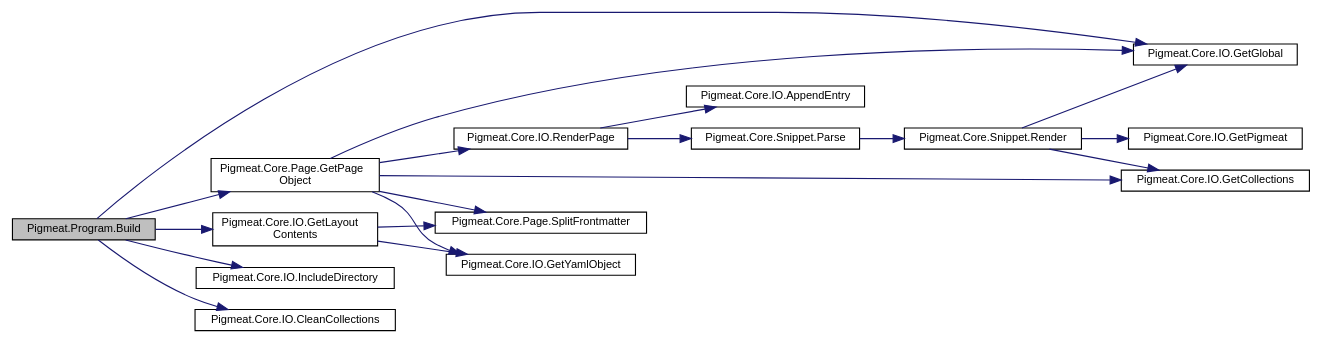
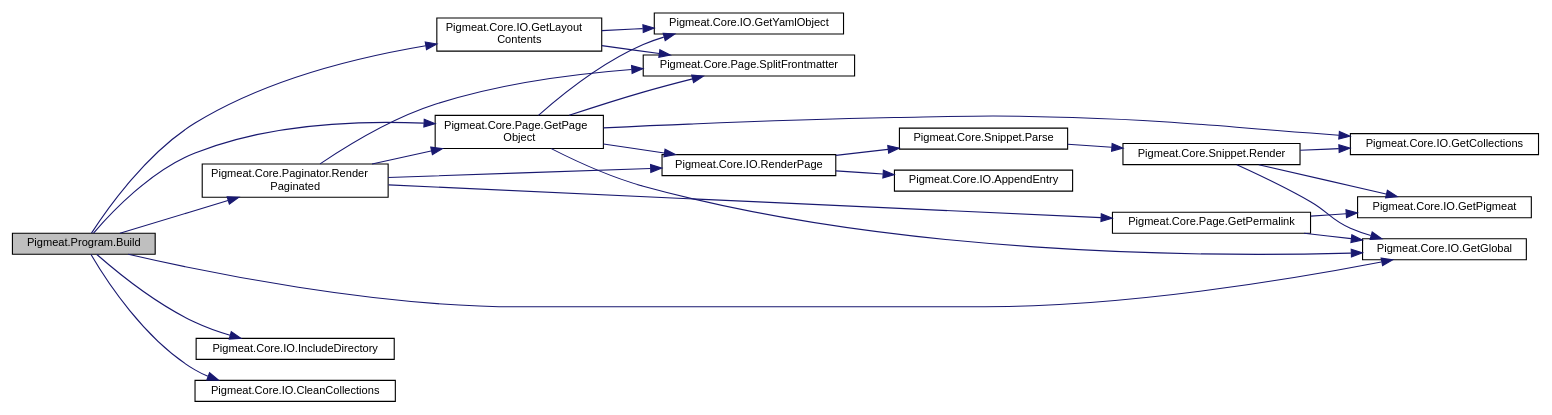
One commit to milovidov983/Pigmeat changed the diagram in class_pigmeat_1_1_program_a878beaee804aea5645618e59b1a6d250_cgraph.dot. Above: the diagram before and after it, drawn with Graphviz. The commit also changed 144 other files, not shown here.

```diff
--- a/class_pigmeat_1_1_program_a878beaee804aea5645618e59b1a6d250_cgraph.dot
+++ b/class_pigmeat_1_1_program_a878beaee804aea5645618e59b1a6d250_cgraph.dot
@@ -1,38 +1,47 @@
 digraph "Pigmeat.Program.Build"
 {
   edge [fontname="Helvetica",fontsize="10",labelfontname="Helvetica",labelfontsize="10"];
   node [fontname="Helvetica",fontsize="10",shape=record];
   rankdir="LR";
   Node5 [label="Pigmeat.Program.Build",height=0.2,width=0.4,color="black", fillcolor="grey75", style="filled", fontcolor="black"];
   Node5 -> Node6 [color="midnightblue",fontsize="10",style="solid",fontname="Helvetica"];
   Node6 [label="Pigmeat.Core.IO.GetGlobal",height=0.2,width=0.4,color="black", fillcolor="white", style="filled",URL="$class_pigmeat_1_1_core_1_1_i_o.html#a8f84ec34a489ed4c83089b16308ddc7f",tooltip="Get file representing project&#39;s Global context "];
   Node5 -> Node7 [color="midnightblue",fontsize="10",style="solid",fontname="Helvetica"];
   Node7 [label="Pigmeat.Core.IO.GetLayout\lContents",height=0.2,width=0.4,color="black", fillcolor="white", style="filled",URL="$class_pigmeat_1_1_core_1_1_i_o.html#ae9cd73892daa23bdf19c9a229fe62b7b",tooltip="Get the contents of Layouts recursively "];
   Node7 -> Node8 [color="midnightblue",fontsize="10",style="solid",fontname="Helvetica"];
   Node8 [label="Pigmeat.Core.Page.SplitFrontmatter",height=0.2,width=0.4,color="black", fillcolor="white", style="filled",URL="$class_pigmeat_1_1_core_1_1_page.html#adeeba3432008a2b7718ad52c2e0ae058",tooltip="Gets the YAML of the frontmatter for a given page "];
   Node7 -> Node9 [color="midnightblue",fontsize="10",style="solid",fontname="Helvetica"];
   Node9 [label="Pigmeat.Core.IO.GetYamlObject",height=0.2,width=0.4,color="black", fillcolor="white", style="filled",URL="$class_pigmeat_1_1_core_1_1_i_o.html#a65785eb7263115da1c592b06597727f5",tooltip="Convert YAML data into JObject "];
   Node5 -> Node10 [color="midnightblue",fontsize="10",style="solid",fontname="Helvetica"];
   Node10 [label="Pigmeat.Core.Page.GetPage\lObject",height=0.2,width=0.4,color="black", fillcolor="white", style="filled",URL="$class_pigmeat_1_1_core_1_1_page.html#a3a2dee942bb7b2f763ce5d1caba4163d",tooltip="Parses a given page into a JObject "];
   Node10 -> Node8 [color="midnightblue",fontsize="10",style="solid",fontname="Helvetica"];
   Node10 -> Node9 [color="midnightblue",fontsize="10",style="solid",fontname="Helvetica"];
   Node10 -> Node6 [color="midnightblue",fontsize="10",style="solid",fontname="Helvetica"];
   Node10 -> Node11 [color="midnightblue",fontsize="10",style="solid",fontname="Helvetica"];
   Node11 [label="Pigmeat.Core.IO.GetCollections",height=0.2,width=0.4,color="black", fillcolor="white", style="filled",URL="$class_pigmeat_1_1_core_1_1_i_o.html#a95f27be3fb9f5fd7e668f903c4e1cfb4",tooltip="Create a JObject to merge with the Global context containing each collection&#39;s collection.json data "];
   Node10 -> Node12 [color="midnightblue",fontsize="10",style="solid",fontname="Helvetica"];
-  Node12 [label="Pigmeat.Core.IO.RenderPage",height=0.2,width=0.4,color="black", fillcolor="white", style="filled",URL="$class_pigmeat_1_1_core_1_1_i_o.html#a000f595801bec338426974328b938e6c",tooltip="Take layout, place Markdig-parsed content in layout, evaluate includes, render with Scriban ..."];
+  Node12 [label="Pigmeat.Core.IO.RenderPage",height=0.2,width=0.4,color="black", fillcolor="white", style="filled",URL="$class_pigmeat_1_1_core_1_1_i_o.html#a60f49d31957620c308423cad19dbf5f6",tooltip="Take layout, place Markdig-parsed content in layout, evaluate includes, render with Scriban ..."];
   Node12 -> Node13 [color="midnightblue",fontsize="10",style="solid",fontname="Helvetica"];
   Node13 [label="Pigmeat.Core.Snippet.Parse",height=0.2,width=0.4,color="black", fillcolor="white", style="filled",URL="$class_pigmeat_1_1_core_1_1_snippet.html#a54ea5e1d3a8cd6308a1b1c9f01457146",tooltip="Parses through each {! snippet !} call in a page and evaluates them "];
   Node13 -> Node14 [color="midnightblue",fontsize="10",style="solid",fontname="Helvetica"];
   Node14 [label="Pigmeat.Core.Snippet.Render",height=0.2,width=0.4,color="black", fillcolor="white", style="filled",URL="$class_pigmeat_1_1_core_1_1_snippet.html#ac3dd182d3699b9997372e1baa768de2b",tooltip="Renders Snippets "];
   Node14 -> Node6 [color="midnightblue",fontsize="10",style="solid",fontname="Helvetica"];
   Node14 -> Node11 [color="midnightblue",fontsize="10",style="solid",fontname="Helvetica"];
   Node14 -> Node15 [color="midnightblue",fontsize="10",style="solid",fontname="Helvetica"];
   Node15 [label="Pigmeat.Core.IO.GetPigmeat",height=0.2,width=0.4,color="black", fillcolor="white", style="filled",URL="$class_pigmeat_1_1_core_1_1_i_o.html#ab52a010415630b7063180fd58759eab3",tooltip="Get JObject representing project&#39;s Pigmeat context "];
   Node12 -> Node16 [color="midnightblue",fontsize="10",style="solid",fontname="Helvetica"];
   Node16 [label="Pigmeat.Core.IO.AppendEntry",height=0.2,width=0.4,color="black", fillcolor="white", style="filled",URL="$class_pigmeat_1_1_core_1_1_i_o.html#a513be40f796bdadd8f6eb31f2446716a",tooltip="Adds JObject representations of pages in a collection to the collection&#39;s entries field in its collec..."];
   Node5 -> Node17 [color="midnightblue",fontsize="10",style="solid",fontname="Helvetica"];
-  Node17 [label="Pigmeat.Core.IO.IncludeDirectory",height=0.2,width=0.4,color="black", fillcolor="white", style="filled",URL="$class_pigmeat_1_1_core_1_1_i_o.html#ab8a3a50a1c1ae3b1183e298846b77abd",tooltip="Copy a directory recursively, for if in {{{ global.include }}} "];
-  Node5 -> Node18 [color="midnightblue",fontsize="10",style="solid",fontname="Helvetica"];
-  Node18 [label="Pigmeat.Core.IO.CleanCollections",height=0.2,width=0.4,color="black", fillcolor="white", style="filled",URL="$class_pigmeat_1_1_core_1_1_i_o.html#a0c35ca471821347e16cd0d36a4af6c2f",tooltip="Clean out the entries field in every collection.json file "];
+  Node17 [label="Pigmeat.Core.Paginator.Render\lPaginated",height=0.2,width=0.4,color="black", fillcolor="white", style="filled",URL="$class_pigmeat_1_1_core_1_1_paginator.html#a38c0bfdf8bfe439eb2a3e58a638c823a",tooltip="Outputs a paginated version of a page (requires {{ page.paginate }} and {{ page.collection }}) ..."];
+  Node17 -> Node10 [color="midnightblue",fontsize="10",style="solid",fontname="Helvetica"];
+  Node17 -> Node8 [color="midnightblue",fontsize="10",style="solid",fontname="Helvetica"];
+  Node17 -> Node18 [color="midnightblue",fontsize="10",style="solid",fontname="Helvetica"];
+  Node18 [label="Pigmeat.Core.Page.GetPermalink",height=0.2,width=0.4,color="black", fillcolor="white", style="filled",URL="$class_pigmeat_1_1_core_1_1_page.html#a22b69a07b899c8d9825fb388357ce3b7",tooltip="Parses the permalink using given metadata to generate an output path "];
+  Node18 -> Node6 [color="midnightblue",fontsize="10",style="solid",fontname="Helvetica"];
+  Node18 -> Node15 [color="midnightblue",fontsize="10",style="solid",fontname="Helvetica"];
+  Node17 -> Node12 [color="midnightblue",fontsize="10",style="solid",fontname="Helvetica"];
+  Node5 -> Node19 [color="midnightblue",fontsize="10",style="solid",fontname="Helvetica"];
+  Node19 [label="Pigmeat.Core.IO.IncludeDirectory",height=0.2,width=0.4,color="black", fillcolor="white", style="filled",URL="$class_pigmeat_1_1_core_1_1_i_o.html#ab8a3a50a1c1ae3b1183e298846b77abd",tooltip="Copy a directory recursively, for if in {{{ global.include }}} "];
+  Node5 -> Node20 [color="midnightblue",fontsize="10",style="solid",fontname="Helvetica"];
+  Node20 [label="Pigmeat.Core.IO.CleanCollections",height=0.2,width=0.4,color="black", fillcolor="white", style="filled",URL="$class_pigmeat_1_1_core_1_1_i_o.html#a0c35ca471821347e16cd0d36a4af6c2f",tooltip="Clean out the entries field in every collection.json file "];
 }
```
